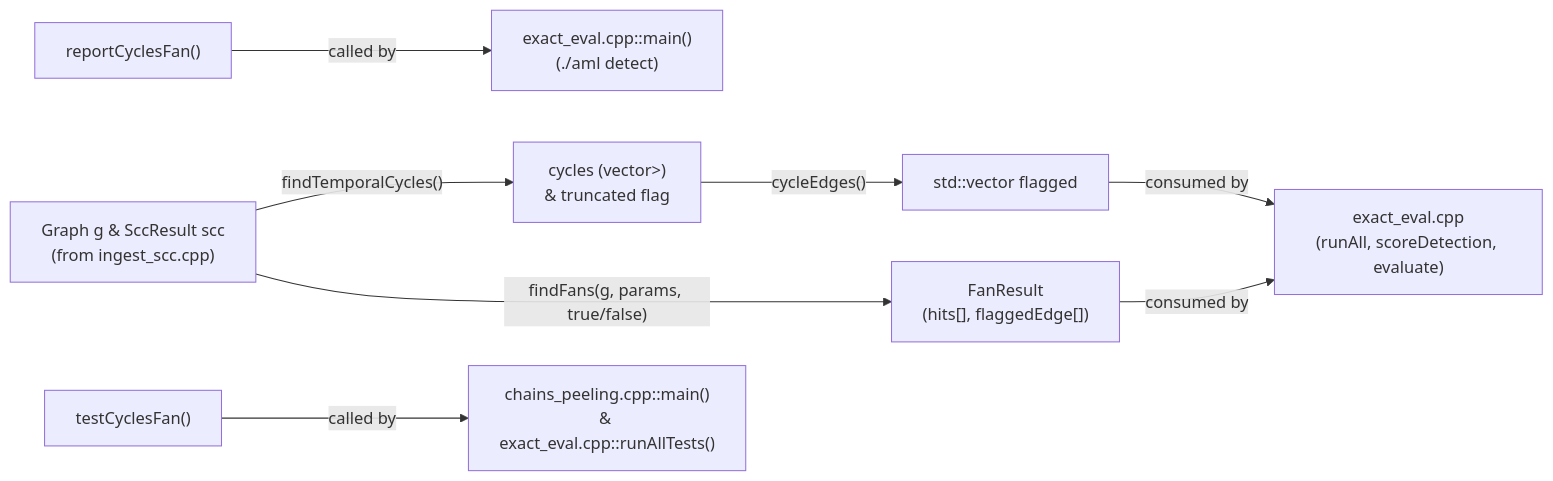
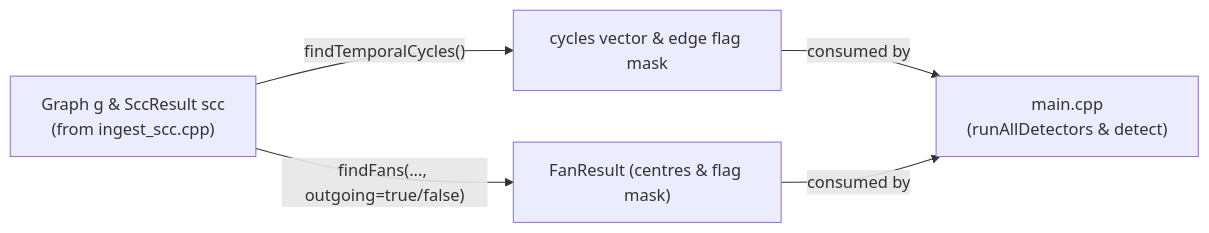
The diagram in docs/cycles_fan.md (Adityaa-Saha17/money-laudering-ring-detection), drawn with Mermaid before and after one commit. The commit also changed other lines of this file and 16 other files, not shown here.

````diff
--- a/docs/cycles_fan.md
+++ b/docs/cycles_fan.md
@@ -96,10 +59,6 @@
 ```mermaid
 flowchart LR
-    IN1["Graph g & SccResult scc<br/>(from ingest_scc.cpp)"] -->|"findTemporalCycles()"| CYC["cycles (vector<vector<int>>)<br/>& truncated flag"]
-    CYC -->|"cycleEdges()"| CYCF["std::vector<char> flagged"]
-    IN1 -->|"findFans(g, params, true/false)"| FAN["FanResult<br/>(hits[], flaggedEdge[])"]
-
-    CYCF & FAN -->|"consumed by"| EE["exact_eval.cpp<br/>(runAll, scoreDetection, evaluate)"]
-    REP["reportCyclesFan()"] -->|"called by"| MAIN["exact_eval.cpp::main()<br/>(./aml detect)"]
-    TEST["testCyclesFan()"] -->|"called by"| CPMAIN["chains_peeling.cpp::main()<br/>& exact_eval.cpp::runAllTests()"]
+    IN["Graph g & SccResult scc<br/>(from ingest_scc.cpp)"] -->|"findTemporalCycles()"| CYC["cycles vector & edge flag mask"]
+    IN -->|"findFans(..., outgoing=true/false)"| FAN["FanResult (centres & flag mask)"]
+    CYC & FAN -->|"consumed by"| MAIN["main.cpp<br/>(runAllDetectors & detect)"]
 ```
````
